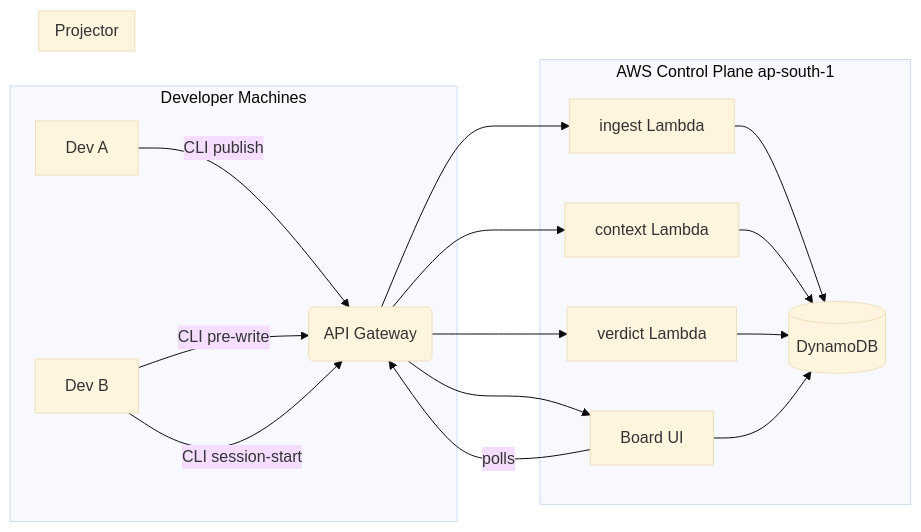
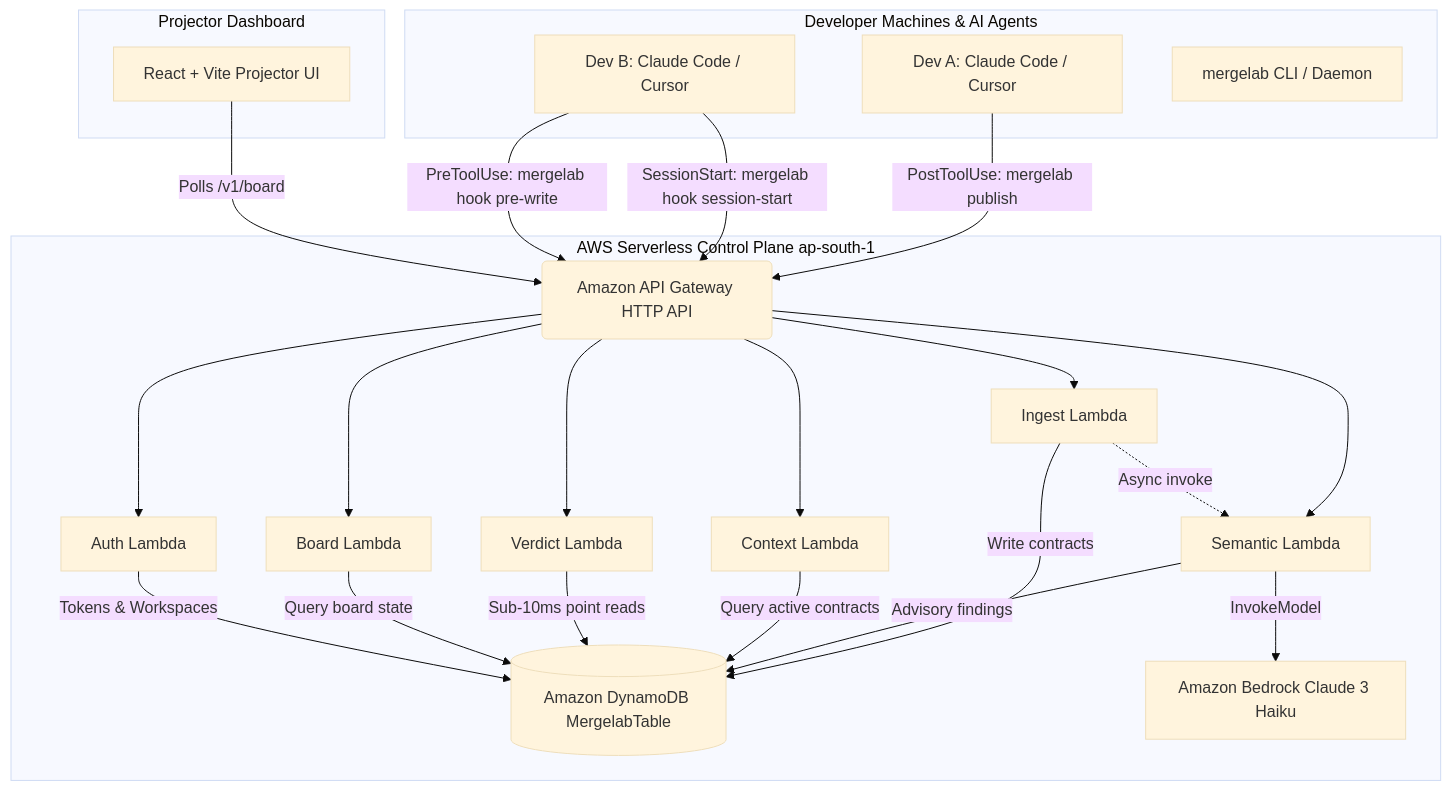
One commit to ARYANPATEL-BIT/Merge-Lab changed the diagram in README.md. Above: the diagram before and after it, drawn with Mermaid (base theme). The commit also changed other lines of this file and 4 other files, not shown here.

````diff
--- a/README.md
+++ b/README.md
@@ -37,24 +11,48 @@
 ```mermaid
-flowchart LR
-    subgraph Devs [Developer Machines]
-        A[Dev A] -->|CLI publish| API
-        B[Dev B] -->|CLI pre-write| API
-        B -->|CLI session-start| API
+flowchart TD
+    subgraph Devs [Developer Machines & AI Agents]
+        DevA[Dev A: Claude Code / Cursor]
+        DevB[Dev B: Claude Code / Cursor]
+        CLI[mergelab CLI / Daemon]
     end
 
-    subgraph AWS [AWS Control Plane ap-south-1]
-        API(API Gateway)
-        API --> Ingest[ingest Lambda]
-        API --> Context[context Lambda]
-        API --> Verdict[verdict Lambda]
-        API --> Board[board Lambda]
-        Ingest --> DB[(DynamoDB)]
-        Context --> DB
-        Verdict --> DB
-        Board --> DB
+    subgraph AWS [AWS Serverless Control Plane ap-south-1]
+        API(Amazon API Gateway HTTP API)
+        
+        Ingest[Ingest Lambda]
+        Context[Context Lambda]
+        Verdict[Verdict Lambda]
+        BoardFn[Board Lambda]
+        AuthFn[Auth Lambda]
+        SemanticFn[Semantic Lambda]
+        
+        DDB[(Amazon DynamoDB MergelabTable)]
+        Bedrock[Amazon Bedrock Claude 3 Haiku]
     end
 
-    subgraph UI [Projector]
-        Board[Board UI] -->|polls| API
+    subgraph UI [Projector Dashboard]
+        Board[React + Vite Projector UI]
     end
+
+    DevA -->|PostToolUse: mergelab publish| API
+    DevB -->|SessionStart: mergelab hook session-start| API
+    DevB -->|PreToolUse: mergelab hook pre-write| API
+    
+    API --> Ingest
+    API --> Context
+    API --> Verdict
+    API --> BoardFn
+    API --> AuthFn
+    API --> SemanticFn
+
+    Ingest -->|Write contracts| DDB
+    Ingest -.->|Async invoke| SemanticFn
+    SemanticFn -->|InvokeModel| Bedrock
+    SemanticFn -->|Advisory findings| DDB
+    Context -->|Query active contracts| DDB
+    Verdict -->|Sub-10ms point reads| DDB
+    BoardFn -->|Query board state| DDB
+    AuthFn -->|Tokens & Workspaces| DDB
+
+    Board -->|Polls /v1/board| API
 ```
````
